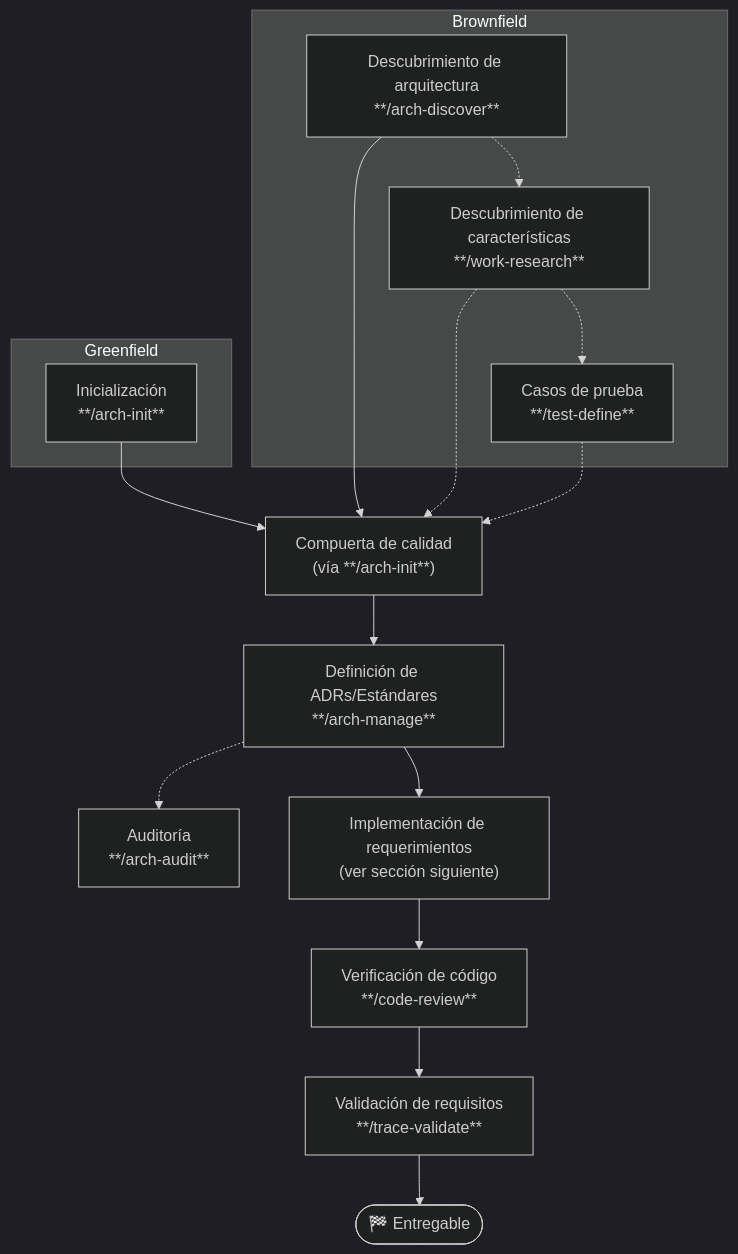
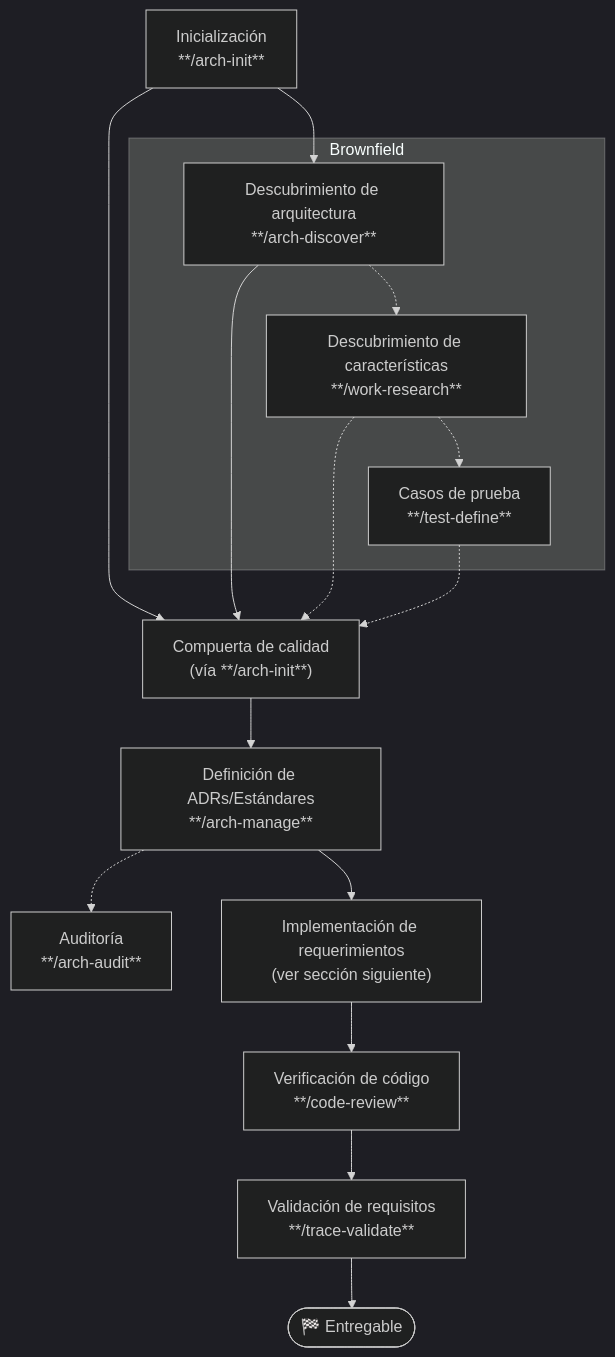
One commit to juanca202/ai changed the first of 2 diagrams in README.md. Above: the diagram before and after it, drawn with Mermaid (dark theme). The commit also changed other lines of this file and 10 other files, not shown here.

First line of the commit message:
docs: update README and agent documentation to reflect new architecture skills

````diff
--- a/README.md
+++ b/README.md
@@ -41,21 +41,20 @@
 ```mermaid
 flowchart TD
-    subgraph GF["Greenfield"]
-        GA["Inicialización<br/>**/arch-init**"]
-    end
+    INIT["Inicialización<br/>**/arch-init**"]
     subgraph BF["Brownfield"]
         BA["Descubrimiento de arquitectura<br/>**/arch-discover**"]
         BA -.-> WR["Descubrimiento de características<br/>**/work-research**"]
         WR -.-> TD["Casos de prueba<br/>**/test-define**"]
     end
-    GA --> T["Compuerta de calidad<br/>(vía **/arch-init**)"]
+    INIT --> BA
+    INIT --> T["Compuerta de calidad<br/>(vía **/arch-init**)"]
     BA --> T
     WR -.-> T
     TD -.-> T
     T --> S["Definición de ADRs/Estándares<br/>**/arch-manage**"]
     S -.-> AUD["Auditoría<br/>**/arch-audit**"]
     S --> IMPL["Implementación de requerimientos<br/>(ver sección siguiente)"]
     IMPL --> V1["Verificación de código<br/>**/code-review**"]
     V1 --> V2["Validación de requisitos<br/>**/trace-validate**"]
     V2 --> DONE(["🏁 Entregable"])
 ```
````
